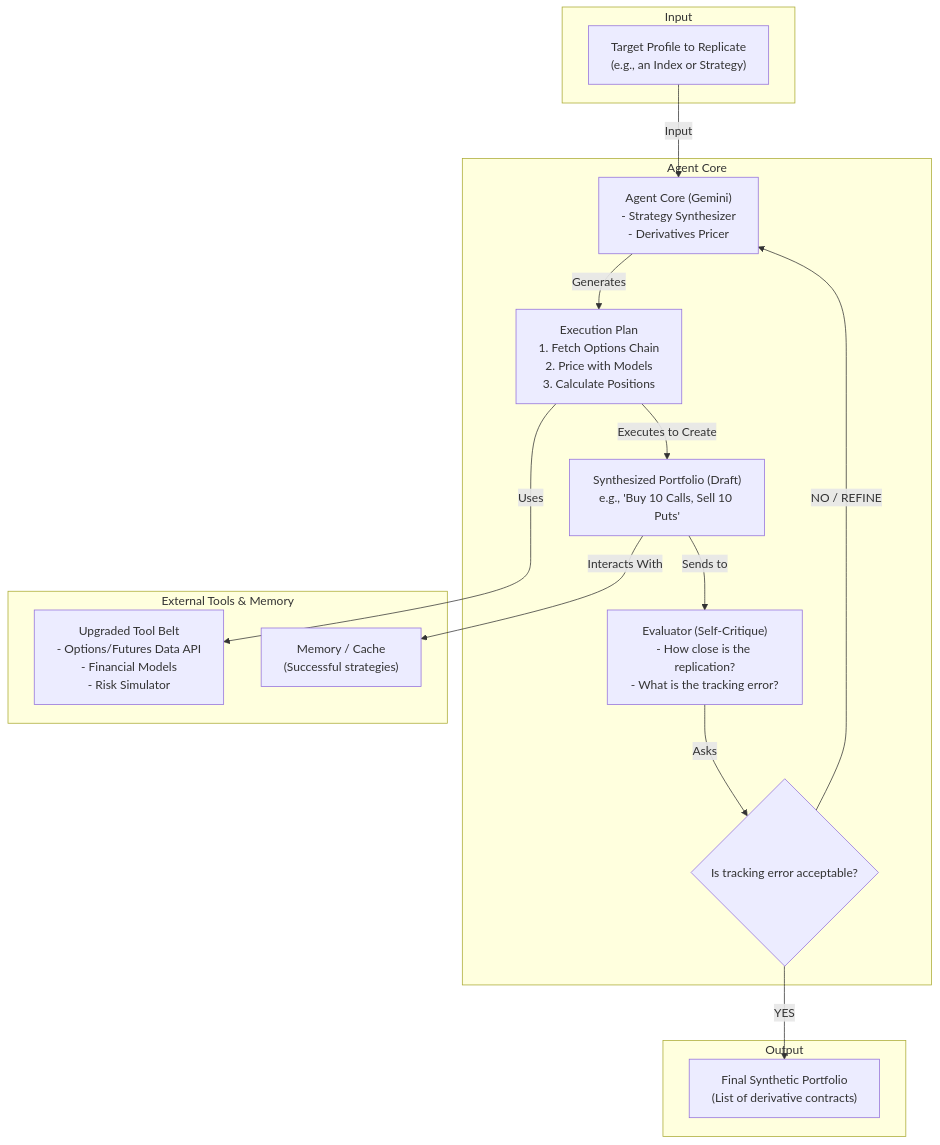
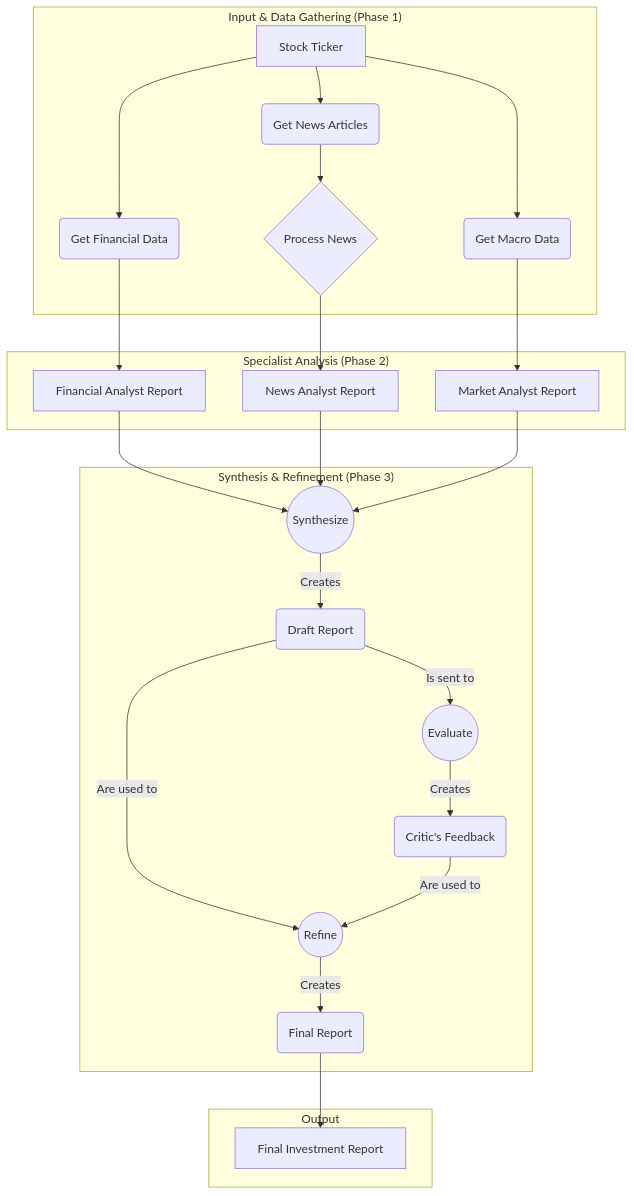
Before and after one commit to Marston/quant-apprentice: the diagram in README.md, drawn with Mermaid. The commit also changed other lines of this file and 30 other files, not shown here.

````diff
--- a/README.md
+++ b/README.md
@@ -66,30 +14,31 @@
 ```mermaid
 graph TD
-  subgraph Input
-      A["Target Profile to Replicate<br>(e.g., an Index or Strategy)"]
-  end
-  subgraph "Agent Core"
-      B["Agent Core (Gemini)<br>- Strategy Synthesizer<br>- Derivatives Pricer"]
-      C["Execution Plan<br>1. Fetch Options Chain<br>2. Price with Models<br>3. Calculate Positions"]
-      D["Synthesized Portfolio (Draft)<br>e.g., 'Buy 10 Calls, Sell 10 Puts'"]
-      E["Evaluator (Self-Critique)<br>- How close is the replication?<br>- What is the tracking error?"]
-      F{"Is tracking error acceptable?"}
-  end
-  subgraph "External Tools & Memory"
-      G["Upgraded Tool Belt<br>- Options/Futures Data API<br>- Financial Models<br>- Risk Simulator"]
-      H["Memory / Cache<br>(Successful strategies)"]
-  end
-  subgraph Output
-      I["Final Synthetic Portfolio<br>(List of derivative contracts)"]
-  end
-  %% --- Workflow Connections ---
-  A -- "Input" --> B
-  B -- "Generates" --> C
-  C -- "Uses" --> G
-  C -- "Executes to Create" --> D
-  D -- "Interacts With" --> H
-  D -- "Sends to" --> E
-  E -- "Asks" --> F
-  F -- "YES" --> I
-  F -- "NO / REFINE" --> B
+    subgraph "Input & Data Gathering (Phase 1)"
+        A[Stock Ticker] --> B(Get Financial Data);
+        A --> C(Get News Articles);
+        A --> D(Get Macro Data);
+        C --> E{Process News};
+    end
+
+    subgraph "Specialist Analysis (Phase 2)"
+        B --> F[Financial Analyst Report];
+        E --> G[News Analyst Report];
+        D --> H[Market Analyst Report];
+    end
+
+    subgraph "Synthesis & Refinement (Phase 3)"
+        I((Synthesize)) -- Creates --> J(Draft Report);
+        J -- Is sent to --> K((Evaluate));
+        K -- Creates --> L(Critic's Feedback);
+        J & L -- Are used to --> M((Refine));
+        M -- Creates --> N(Final Report);
+    end
+
+    subgraph "Output"
+        O[Final Investment Report]
+    end
+
+    %% --- Connections between phases ---
+    F & G & H --> I;
+    N --> O;
 ```
````
